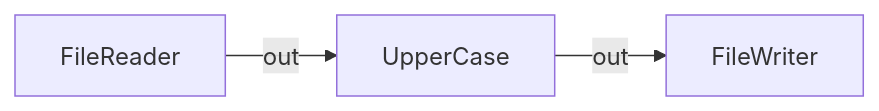
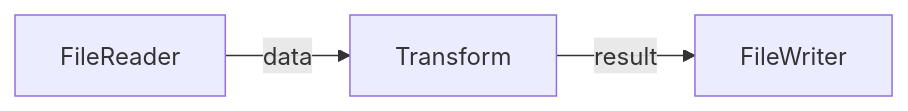
The diagram in docs/architecture/observability/visualization/network-diagrams.md (eli-davidson-portfolio/noPromises), drawn with Mermaid before and after one commit. The commit also changed other lines of this file and 11 other files, not shown here.

````diff
--- a/docs/architecture/observability/visualization/network-diagrams.md
+++ b/docs/architecture/observability/visualization/network-diagrams.md
@@ -40,8 +70,8 @@
 ```mermaid
 graph LR
-    reader[FileReader]
-    transform[UpperCase]
-    writer[FileWriter]
-    reader -->|out| transform
-    transform -->|out| writer
+    reader[FileReader]:::running
+    transform[Transform]:::waiting
+    writer[FileWriter]:::error
+    reader -->|data| transform
+    transform -->|result| writer
 ```
````
